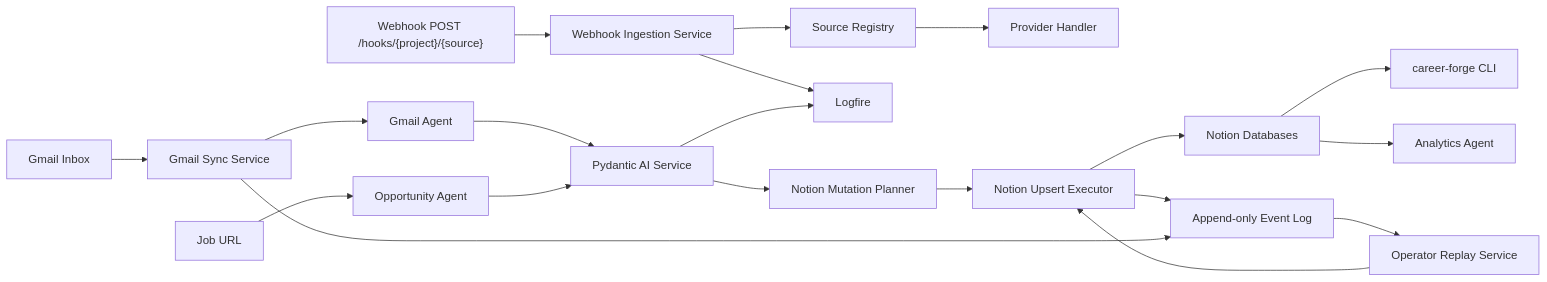
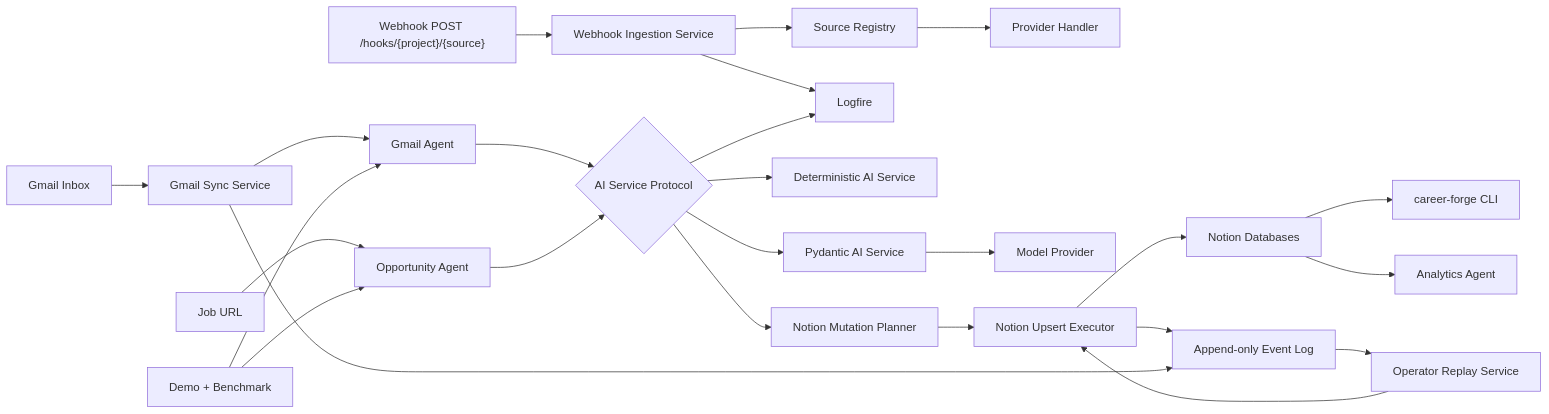
The diagram in ARCHITECTURE.md (dillon-barendt/career-forge), drawn with Mermaid before and after one commit. The commit also changed other lines of this file and 47 other files, not shown here.

````diff
--- a/ARCHITECTURE.md
+++ b/ARCHITECTURE.md
@@ -6,22 +7,27 @@
 ```mermaid
 flowchart LR
     Gmail["Gmail Inbox"] --> GmailSync["Gmail Sync Service"]
     GmailSync --> GmailAgent["Gmail Agent"]
     URL["Job URL"] --> OpportunityAgent["Opportunity Agent"]
     Hook["Webhook POST /hooks/{project}/{source}"] --> WebhookService["Webhook Ingestion Service"]
     WebhookService --> WebhookRegistry["Source Registry"]
     WebhookRegistry --> WebhookHandler["Provider Handler"]
     WebhookService --> Logfire
-    GmailAgent --> AI["Pydantic AI Service"]
+    GmailAgent --> AI{"AI Service Protocol"}
     OpportunityAgent --> AI
+    Demo["Demo + Benchmark"] --> GmailAgent
+    Demo --> OpportunityAgent
+    AI --> Deterministic["Deterministic AI Service"]
+    AI --> PydanticAI["Pydantic AI Service"]
+    PydanticAI --> Model["Model Provider"]
     AI --> Planner["Notion Mutation Planner"]
     Events --> Replay["Operator Replay Service"]
     Replay --> Executor
     Planner --> Executor["Notion Upsert Executor"]
     Executor --> Notion["Notion Databases"]
     Executor --> Events["Append-only Event Log"]
     GmailSync --> Events
     AI --> Logfire["Logfire"]
     Notion --> CLI["career-forge CLI"]
     Notion --> Analytics["Analytics Agent"]
 ```
````
